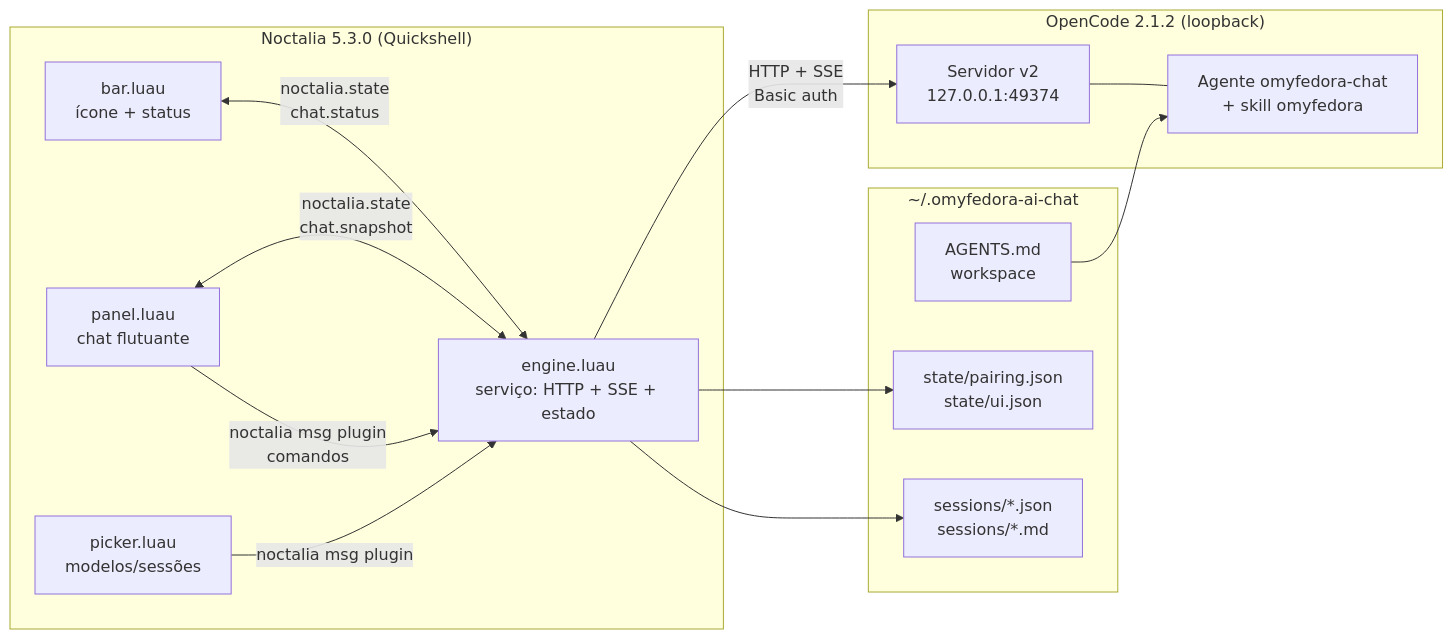
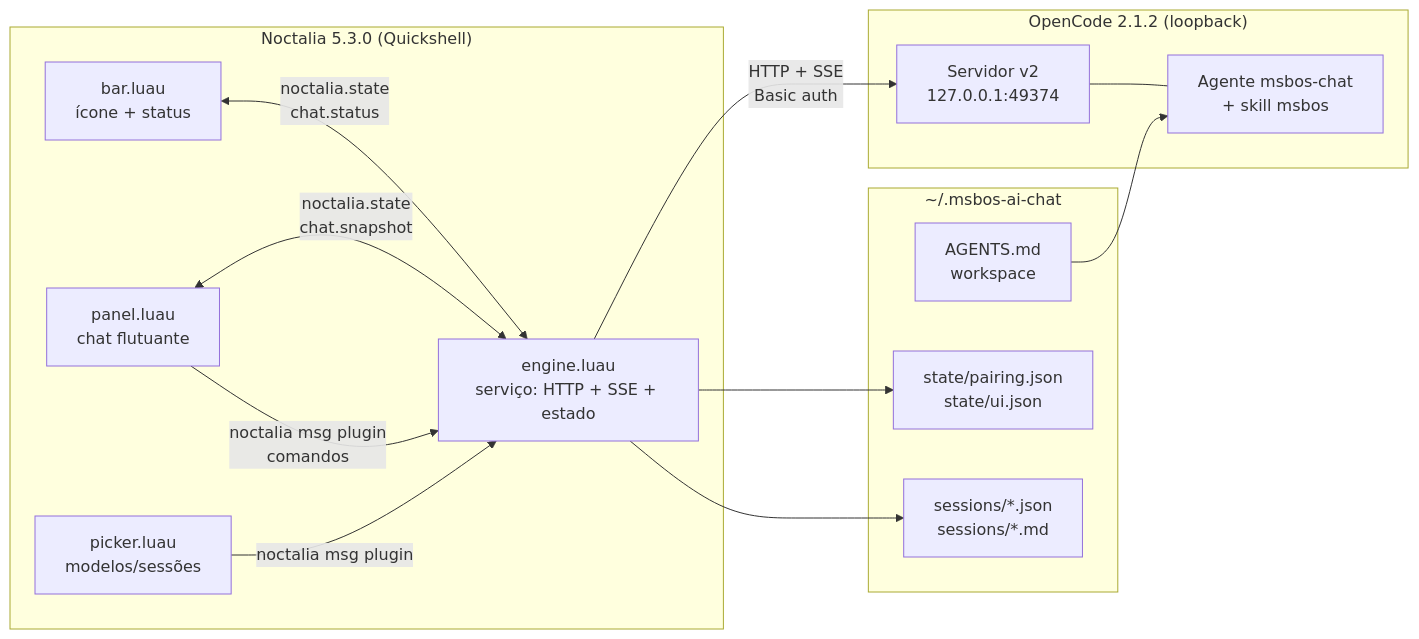
One commit to marcos2872/msbos-ai-chat changed the first of 6 diagrams in MAPEAMENTO.md. Above: the diagram before and after it, drawn with Mermaid. The commit also changed other lines of this file and 25 other files, not shown here.

First line of the commit message:
refactor: renomeia o plugin para msbos-ai-chat

````diff
--- a/MAPEAMENTO.md
+++ b/MAPEAMENTO.md
@@ -96,30 +96,30 @@
 ```mermaid
 flowchart LR
     subgraph Noctalia["Noctalia 5.3.0 (Quickshell)"]
         BAR["bar.luau<br/>ícone + status"]
         PANEL["panel.luau<br/>chat flutuante"]
         PICKER["picker.luau<br/>modelos/sessões"]
         ENGINE["engine.luau<br/>serviço: HTTP + SSE + estado"]
         BAR <-->|"noctalia.state<br/>chat.status"| ENGINE
         PANEL <-->|"noctalia.state<br/>chat.snapshot"| ENGINE
         PANEL -->|"noctalia msg plugin<br/>comandos"| ENGINE
         PICKER -->|"noctalia msg plugin"| ENGINE
     end
 
     subgraph OpenCode["OpenCode 2.1.2 (loopback)"]
         OC["Servidor v2<br/>127.0.0.1:49374"]
-        AGENT["Agente omyfedora-chat<br/>+ skill omyfedora"]
+        AGENT["Agente msbos-chat<br/>+ skill msbos"]
         OC --- AGENT
     end
 
-    subgraph Disco["~/.omyfedora-ai-chat"]
+    subgraph Disco["~/.msbos-ai-chat"]
         WS["AGENTS.md<br/>workspace"]
         STATE["state/pairing.json<br/>state/ui.json"]
         SESS["sessions/*.json<br/>sessions/*.md"]
     end
 
     ENGINE -->|"HTTP + SSE<br/>Basic auth"| OC
     ENGINE --> STATE
     ENGINE --> SESS
     WS --> AGENT
 ```
````
